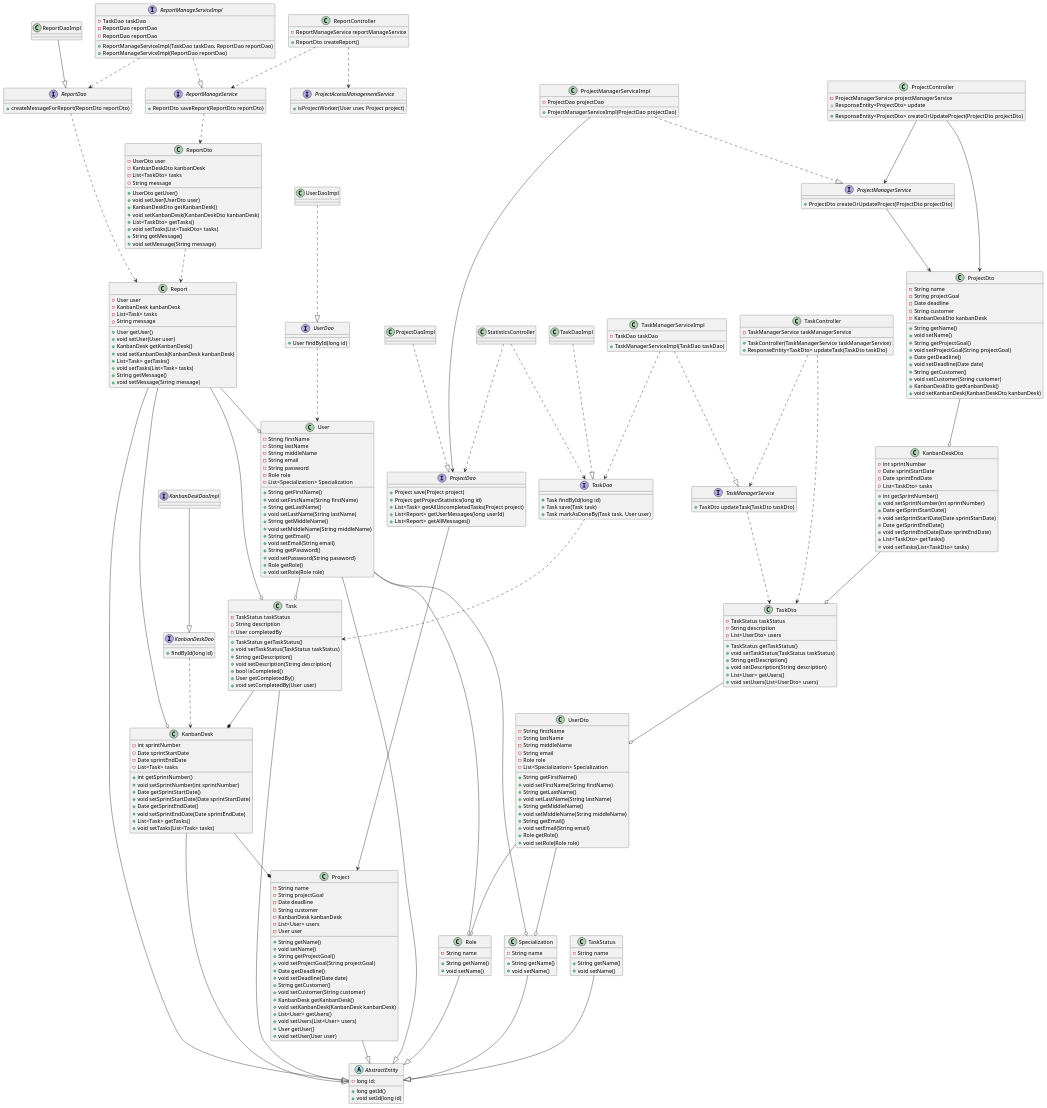
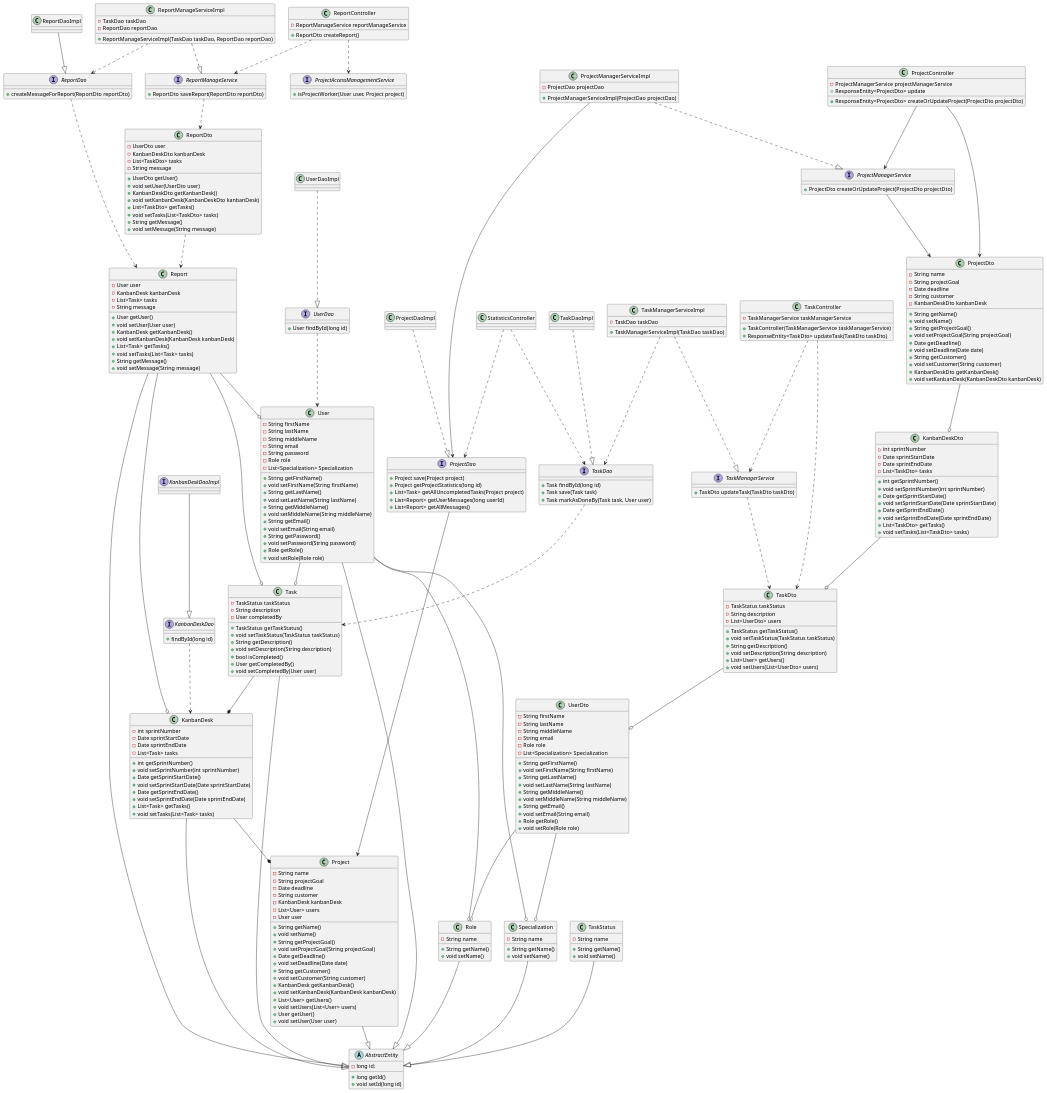
The diagram in UML diagrams/Class-diagrams/classes.wsd (penamarth/bsbo-02-21_team_var7_erp), drawn with PlantUML before and after one commit. The commit also changed 9 other files, not shown here.

```diff
--- a/UML diagrams/Class-diagrams/classes.wsd
+++ b/UML diagrams/Class-diagrams/classes.wsd
@@ -285,11 +285,11 @@
     - TaskDao taskDao
     + TaskManagerServiceImpl(TaskDao taskDao)
 }
-interface ReportManageServiceImpl
-{
-    - ReportDao reportDao
-    + ReportManageServiceImpl(ReportDao reportDao)
-}
+' interface ReportManageServiceImpl
+' {
+'     - ReportDao reportDao
+'     + ReportManageServiceImpl(ReportDao reportDao)
+' }
 class ProjectManagerServiceImpl
 {
     - ProjectDao projectDao
```
